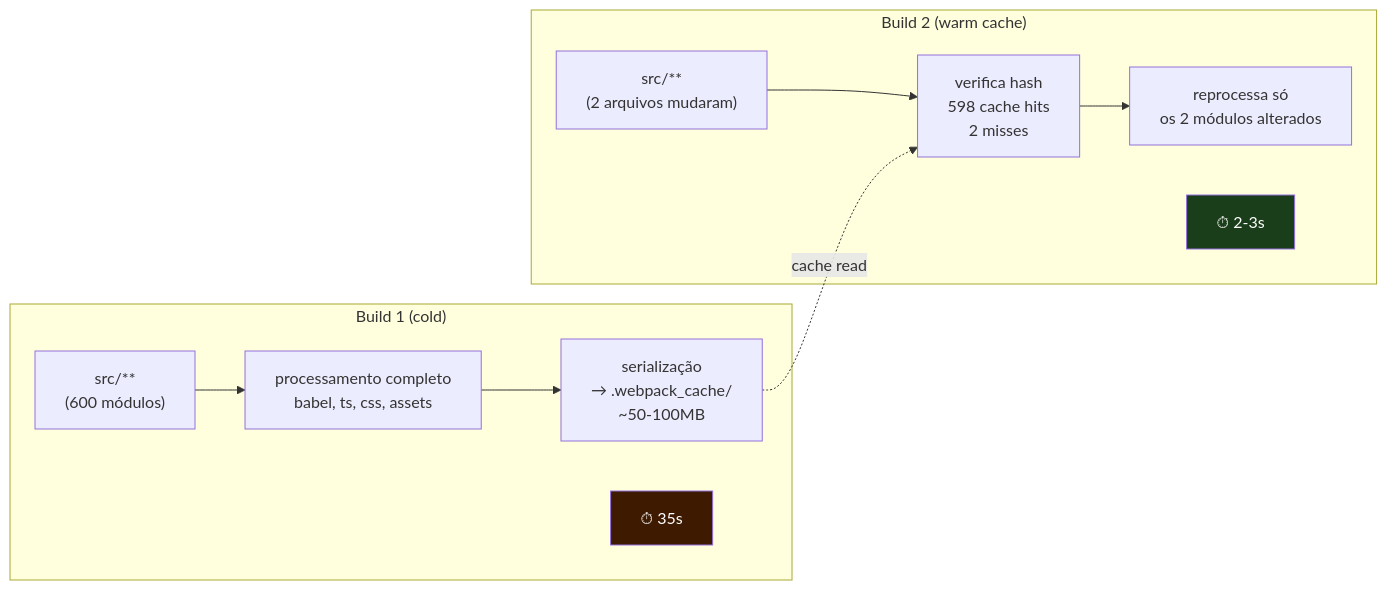
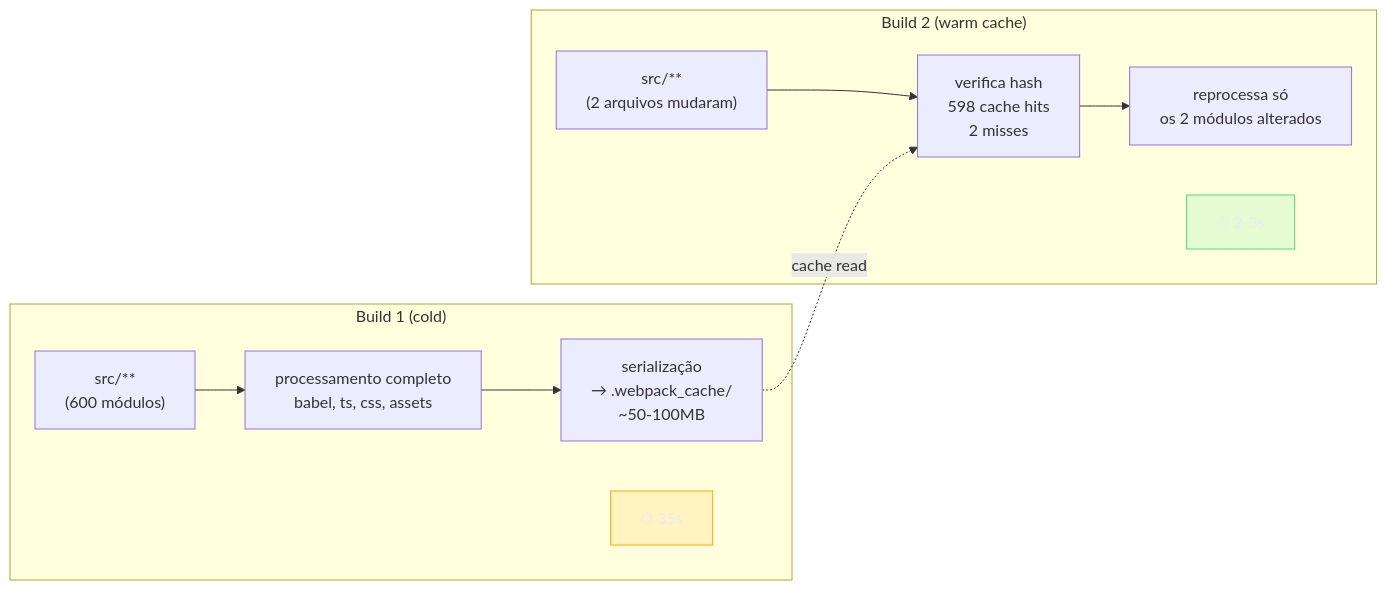
Before and after one commit to josenaldo/codex-technomanticus: the fifth of 10 diagrams in 03-Dominios/Tecnologia/Tooling e Build/11 - webpack - o veterano.md, drawn with Mermaid. The commit also changed other lines of this file and 1181 other files, not shown here.

First line of the commit message:
fix(diagramas): paleta do sistema no lugar de cor cravada no markdown

````diff
--- a/03-Dominios/Tecnologia/Tooling e Build/11 - webpack - o veterano.md
+++ b/03-Dominios/Tecnologia/Tooling e Build/11 - webpack - o veterano.md
@@ -440,23 +449,25 @@
 ```mermaid
 flowchart LR
+    classDef destaque fill:#FFAA0024,stroke:#FFAA00,color:#E9ECF2
+    classDef ok fill:#4ADE8021,stroke:#4ADE80,color:#E9ECF2
     subgraph "Build 1 (cold)"
         B1_SRC["src/**\n(600 módulos)"]
         B1_PROC["processamento completo\nbabel, ts, css, assets"]
         B1_CACHE["serialização\n→ .webpack_cache/\n~50-100MB"]
         B1_TIME["⏱ 35s"]
         B1_SRC --> B1_PROC --> B1_CACHE
     end
 
     subgraph "Build 2 (warm cache)"
         B2_SRC["src/**\n(2 arquivos mudaram)"]
         B2_CHECK["verifica hash\n598 cache hits\n2 misses"]
         B2_PROC["reprocessa só\nos 2 módulos alterados"]
         B2_TIME["⏱ 2-3s"]
         B2_SRC --> B2_CHECK --> B2_PROC
     end
 
     B1_CACHE -.->|"cache read"| B2_CHECK
 
-    style B1_TIME fill:#3d1a00,color:#fff
-    style B2_TIME fill:#1a3d1a,color:#fff
+    class B1_TIME destaque
+    class B2_TIME ok
 ```
````
